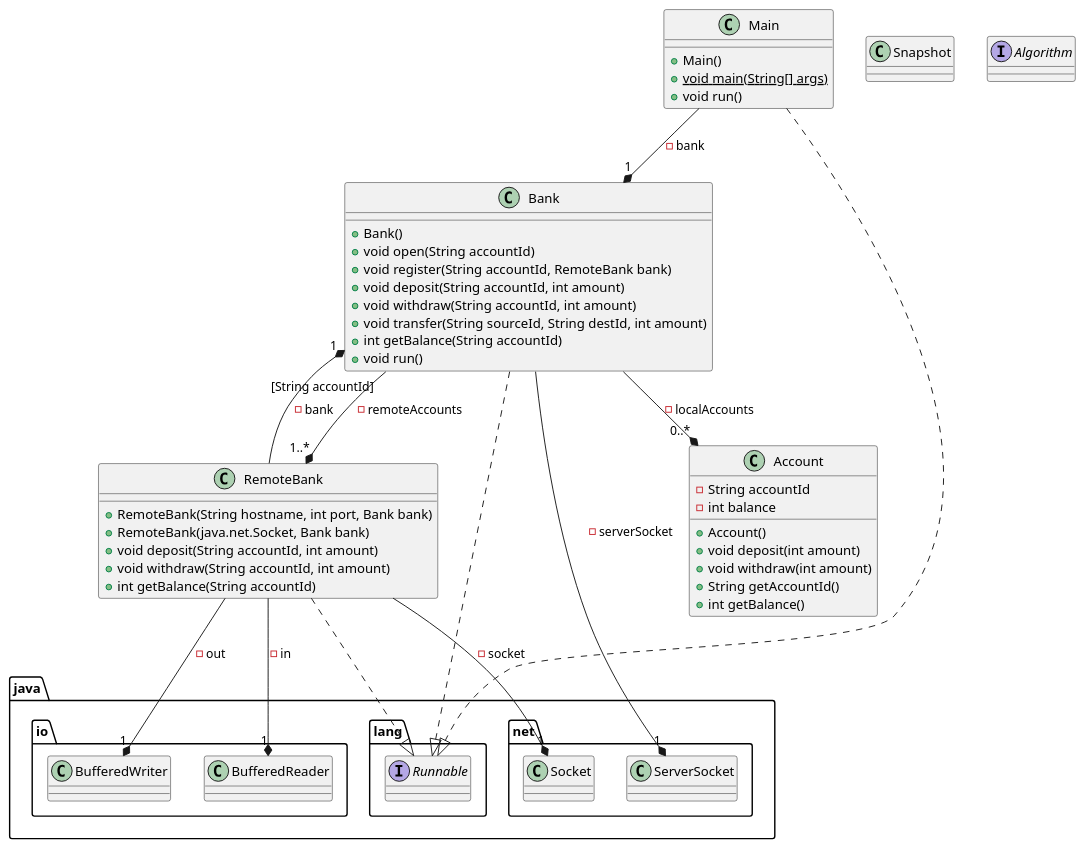
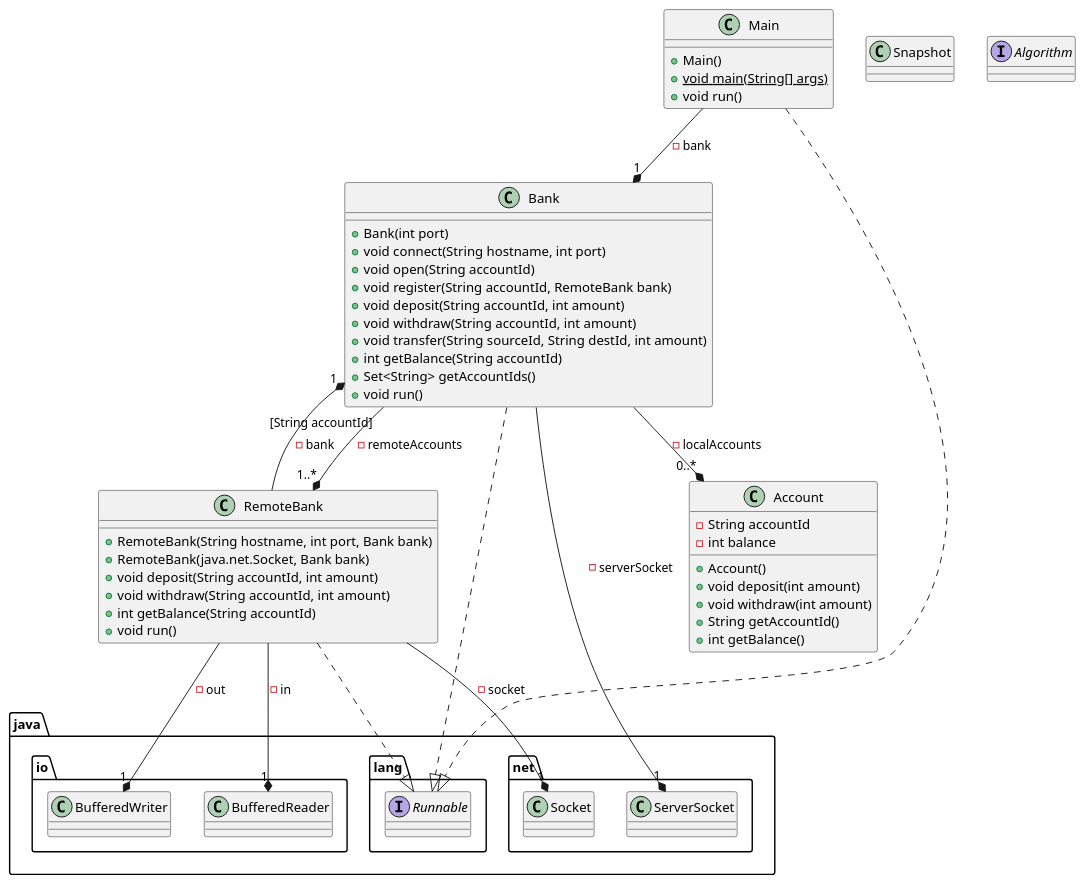
The diagram in docs/classes.puml (omjadas/distributed-banking), drawn with PlantUML before and after one commit.

Commit message:
docs(uml): update class diagram

```diff
--- a/docs/classes.puml
+++ b/docs/classes.puml
@@ -1,57 +1,60 @@
 @startuml P2P Bank
 class Main {
     + Main()
     + {static} void main(String[] args)
     + void run()
 }
 
 class Bank {
-    + Bank()
+    + Bank(int port)
+    + void connect(String hostname, int port)
     + void open(String accountId)
     + void register(String accountId, RemoteBank bank)
     + void deposit(String accountId, int amount)
     + void withdraw(String accountId, int amount)
     + void transfer(String sourceId, String destId, int amount)
     + int getBalance(String accountId)
+    + Set<String> getAccountIds()
     + void run()
 }
 
 class RemoteBank {
     + RemoteBank(String hostname, int port, Bank bank)
     + RemoteBank(java.net.Socket, Bank bank)
     + void deposit(String accountId, int amount)
     + void withdraw(String accountId, int amount)
     + int getBalance(String accountId)
+    + void run()
 }
 
 class Account {
     - String accountId
     - int balance
     + Account()
     + void deposit(int amount)
     + void withdraw(int amount)
     + String getAccountId()
     + int getBalance()
 }
 
 class Snapshot {
 }
 
 interface java.lang.Runnable
 interface Algorithm
 
 Main --* "1" Bank : - bank
 Main ..|> java.lang.Runnable
 
 Bank --* "1" java.net.ServerSocket : - serverSocket
 Bank --* "0..*" Account : - localAccounts
 Bank "[String accountId]" --* "1..*" RemoteBank : - remoteAccounts
 Bank ..|> java.lang.Runnable
 
 RemoteBank --* "1" java.net.Socket : - socket
 RemoteBank --* "1" Bank : - bank
 RemoteBank --* "1" java.io.BufferedReader : - in
 RemoteBank --* "1" java.io.BufferedWriter : - out
 RemoteBank ..|> java.lang.Runnable
 
 @enduml
```
